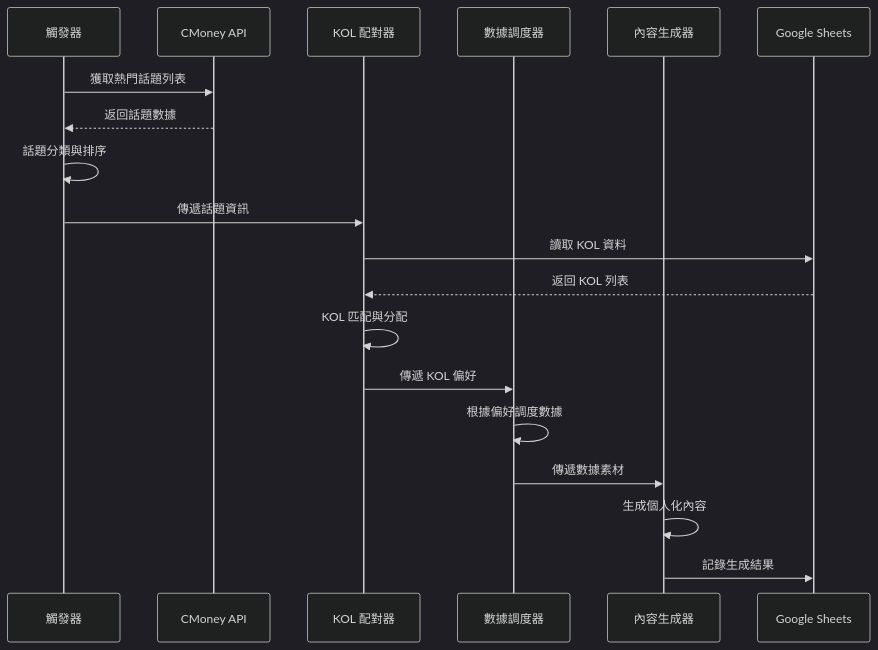
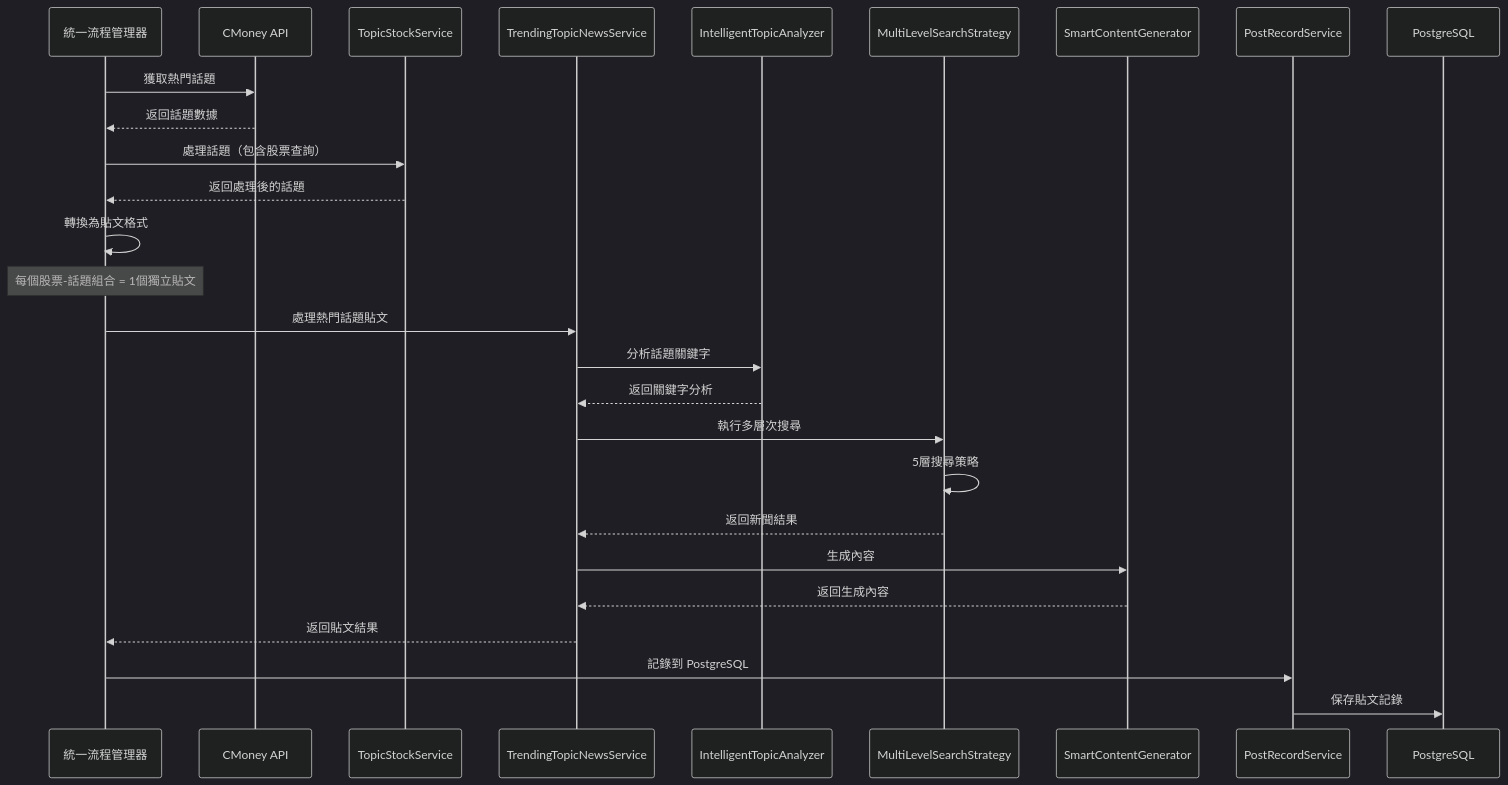
One commit to hihihowru/forum_autoposter changed the third of 6 diagrams in gitbook-docs/1-AI系統概覽/1.2-系統架構與AI流程.md. Above: the diagram before and after it, drawn with Mermaid (dark theme). The commit also changed other lines of this file and 451 other files, not shown here.

````diff
--- a/gitbook-docs/1-AI系統概覽/1.2-系統架構與AI流程.md
+++ b/gitbook-docs/1-AI系統概覽/1.2-系統架構與AI流程.md
@@ -133,22 +133,35 @@
 ```mermaid
 sequenceDiagram
-    participant T as 觸發器
-    participant C as CMoney API
-    participant K as KOL 配對器
-    participant D as 數據調度器
-    participant G as 內容生成器
-    participant S as Google Sheets
+    participant UFM as 統一流程管理器
+    participant CM as CMoney API
+    participant TTS as TopicStockService
+    participant TNS as TrendingTopicNewsService
+    participant IA as IntelligentTopicAnalyzer
+    participant MLS as MultiLevelSearchStrategy
+    participant SCG as SmartContentGenerator
+    participant PRS as PostRecordService
+    participant PG as PostgreSQL
     
-    T->>C: 獲取熱門話題列表
-    C-->>T: 返回話題數據
-    T->>T: 話題分類與排序
-    T->>K: 傳遞話題資訊
-    K->>S: 讀取 KOL 資料
-    S-->>K: 返回 KOL 列表
-    K->>K: KOL 匹配與分配
-    K->>D: 傳遞 KOL 偏好
-    D->>D: 根據偏好調度數據
-    D->>G: 傳遞數據素材
-    G->>G: 生成個人化內容
-    G->>S: 記錄生成結果
+    UFM->>CM: 獲取熱門話題
+    CM-->>UFM: 返回話題數據
+    UFM->>TTS: 處理話題（包含股票查詢）
+    TTS-->>UFM: 返回處理後的話題
+    
+    UFM->>UFM: 轉換為貼文格式
+    Note over UFM: 每個股票-話題組合 = 1個獨立貼文
+    
+    UFM->>TNS: 處理熱門話題貼文
+    TNS->>IA: 分析話題關鍵字
+    IA-->>TNS: 返回關鍵字分析
+    
+    TNS->>MLS: 執行多層次搜尋
+    MLS->>MLS: 5層搜尋策略
+    MLS-->>TNS: 返回新聞結果
+    
+    TNS->>SCG: 生成內容
+    SCG-->>TNS: 返回生成內容
+    
+    TNS-->>UFM: 返回貼文結果
+    UFM->>PRS: 記錄到 PostgreSQL
+    PRS->>PG: 保存貼文記錄
 ```
````
